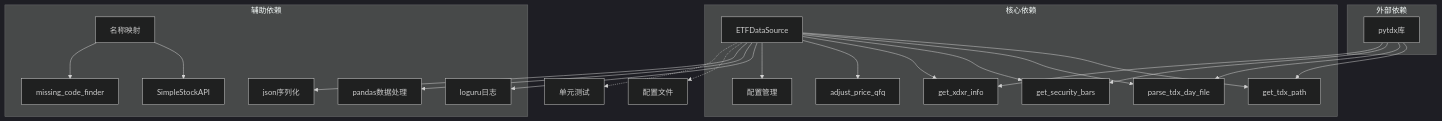
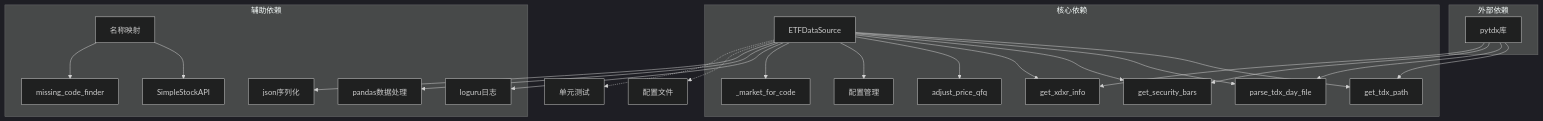
Before and after one commit to ldeng76/quant-ETF: diagram 12 of 12 in .qoder/repowiki/zh/content/数据处理系统/数据源管理机制.md, drawn with Mermaid (dark theme). The commit also changed other lines of this file and 11 other files, not shown here.

````diff
--- a/.qoder/repowiki/zh/content/数据处理系统/数据源管理机制.md
+++ b/.qoder/repowiki/zh/content/数据处理系统/数据源管理机制.md
@@ -498,26 +524,27 @@
 ```mermaid
 graph TB
 subgraph "核心依赖"
 DS[ETFDataSource] --> TDX_PATH[get_tdx_path]
 DS --> PARSE_TDX[parse_tdx_day_file]
 DS --> GET_BARS[get_security_bars]
 DS --> GET_XDXR[get_xdxr_info]
 DS --> ADJUST_QFQ[adjust_price_qfq]
 DS --> CONF[配置管理]
+DS --> MARKET_FOR_CODE[_market_for_code]
 end
 subgraph "辅助依赖"
 NM[名称映射] --> SIMPLE_API[SimpleStockAPI]
 NM --> MISSING_CODES[missing_code_finder]
 DS --> LOGURU[loguru日志]
 DS --> PANDAS[pandas数据处理]
 DS --> JSON[json序列化]
 end
 subgraph "外部依赖"
 PYTDX[pytdx库] --> TDX_PATH
 PYTDX --> PARSE_TDX
 PYTDX --> GET_BARS
 PYTDX --> GET_XDXR
 end
 DS -.-> CONFIG[配置文件]
 DS -.-> TESTS[单元测试]
 ```
````
